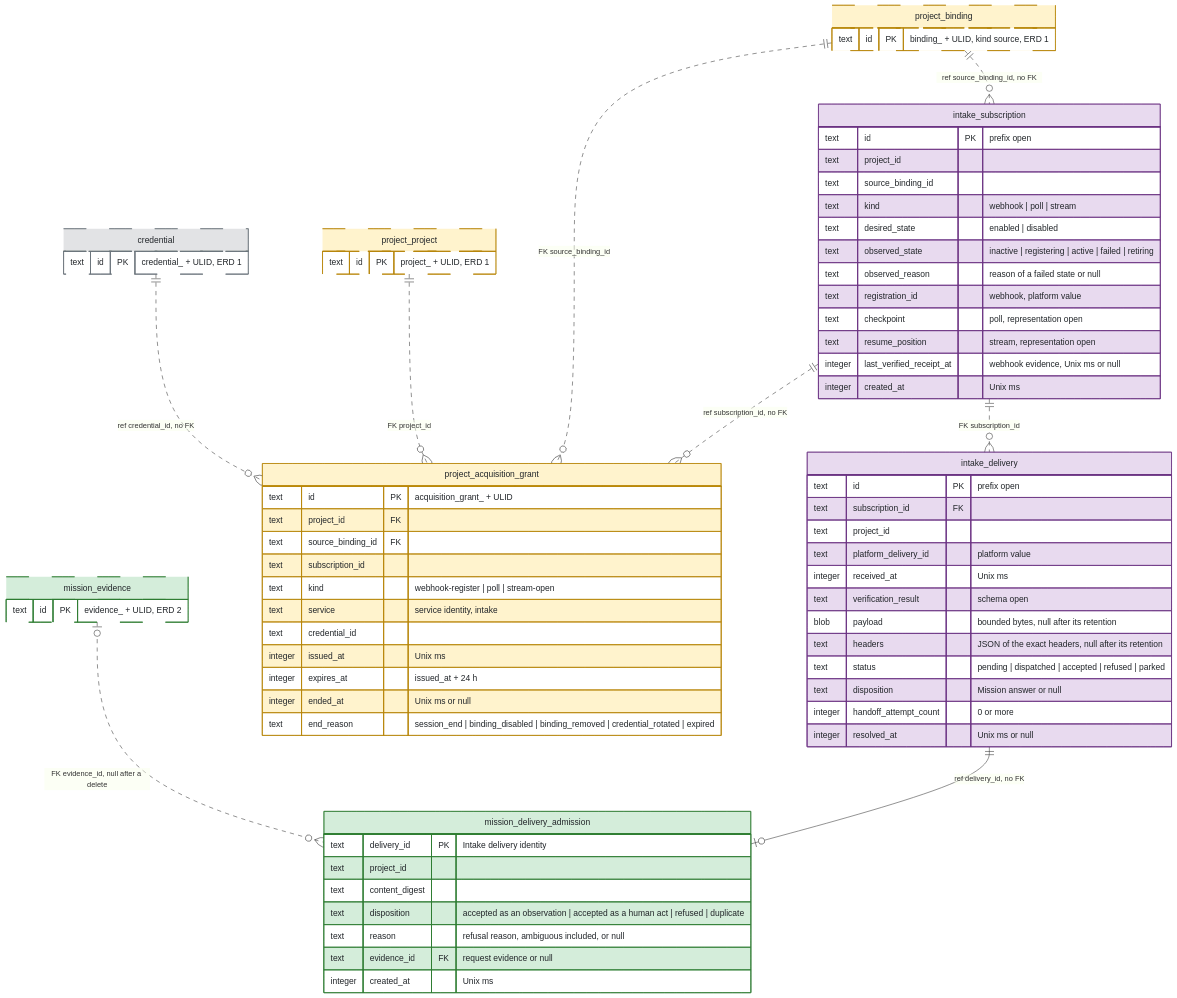
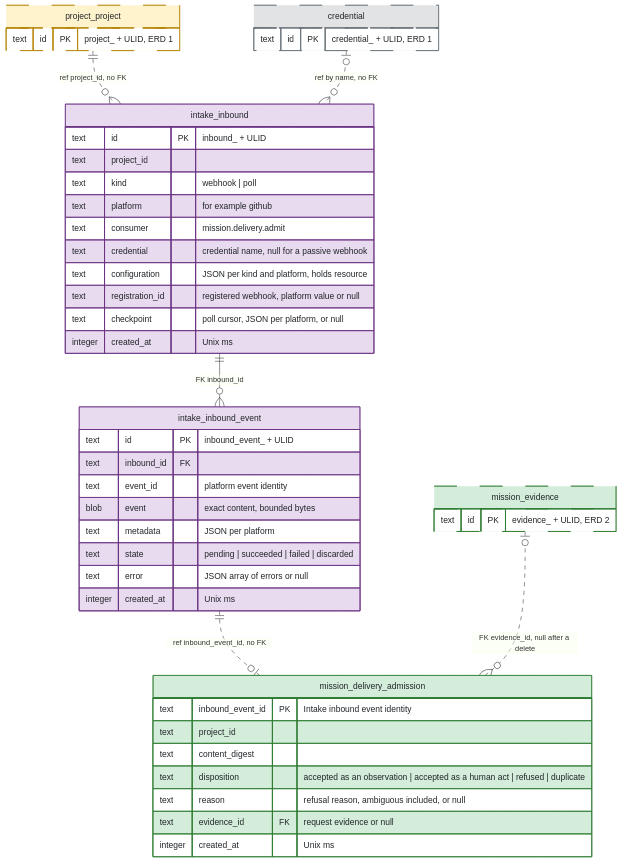
Before and after one commit to kanthorlabs/kanthord: the diagram in docs/reference/erd/03-integration.md, drawn with Mermaid. The commit also changed other lines of this file and 2 other files, not shown here.

Commit message:
docs(erd): redesign ERD 3 around inbounds and inbound events

````diff
--- a/docs/reference/erd/03-integration.md
+++ b/docs/reference/erd/03-integration.md
@@ -37,59 +38,36 @@
     project_project {
         text id PK "project_ + ULID, ERD 1"
     }
-    project_binding {
-        text id PK "binding_ + ULID, kind source, ERD 1"
-    }
     mission_evidence {
         text id PK "evidence_ + ULID, ERD 2"
     }
 
-    project_acquisition_grant {
-        text id PK "acquisition_grant_ + ULID"
-        text project_id FK
-        text source_binding_id FK
-        text subscription_id
-        text kind "webhook-register | poll | stream-open"
-        text service "service identity, intake"
-        text credential_id
-        integer issued_at "Unix ms"
-        integer expires_at "issued_at + 24 h"
-        integer ended_at "Unix ms or null"
-        text end_reason "session_end | binding_disabled | binding_removed | credential_rotated | expired"
-    }
-
-    intake_subscription {
-        text id PK "prefix open"
+    intake_inbound {
+        text id PK "inbound_ + ULID"
         text project_id
-        text source_binding_id
-        text kind "webhook | poll | stream"
-        text desired_state "enabled | disabled"
-        text observed_state "inactive | registering | active | failed | retiring"
-        text observed_reason "reason of a failed state or null"
-        text registration_id "webhook, platform value"
-        text checkpoint "poll, representation open"
-        text resume_position "stream, representation open"
-        integer last_verified_receipt_at "webhook evidence, Unix ms or null"
+        text kind "webhook | poll"
+        text platform "for example github"
+        text consumer "mission.delivery.admit"
+        text credential "credential name, null for a passive webhook"
+        text configuration "JSON per kind and platform, holds resource"
+        text registration_id "registered webhook, platform value or null"
+        text checkpoint "poll cursor, JSON per platform, or null"
         integer created_at "Unix ms"
     }
 
-    intake_delivery {
-        text id PK "prefix open"
-        text subscription_id FK
-        text project_id
-        text platform_delivery_id "platform value"
-        integer received_at "Unix ms"
-        text verification_result "schema open"
-        blob payload "bounded bytes, null after its retention"
-        text headers "JSON of the exact headers, null after its retention"
-        text status "pending | dispatched | accepted | refused | parked"
-        text disposition "Mission answer or null"
-        integer handoff_attempt_count "0 or more"
-        integer resolved_at "Unix ms or null"
+    intake_inbound_event {
+        text id PK "inbound_event_ + ULID"
+        text inbound_id FK
+        text event_id "platform event identity"
+        blob event "exact content, bounded bytes"
+        text metadata "JSON per platform"
+        text state "pending | succeeded | failed | discarded"
+        text error "JSON array of errors or null"
+        integer created_at "Unix ms"
     }
 
     mission_delivery_admission {
-        text delivery_id PK "Intake delivery identity"
+        text inbound_event_id PK "Intake inbound event identity"
         text project_id
         text content_digest
         text disposition "accepted as an observation | accepted as a human act | refused | duplicate"
@@ -98,15 +76,11 @@
         integer created_at "Unix ms"
     }
 
-    project_project ||..o{ project_acquisition_grant : "FK project_id"
-    project_binding ||..o{ project_acquisition_grant : "FK source_binding_id"
-    credential ||..o{ project_acquisition_grant : "ref credential_id, no FK"
-    intake_subscription ||..o{ project_acquisition_grant : "ref subscription_id, no FK"
+    project_project ||..o{ intake_inbound : "ref project_id, no FK"
+    credential |o..o{ intake_inbound : "ref by name, no FK"
+    intake_inbound ||--o{ intake_inbound_event : "FK inbound_id"
 
-    project_binding ||..o{ intake_subscription : "ref source_binding_id, no FK"
-    intake_subscription ||..o{ intake_delivery : "FK subscription_id"
-
-    intake_delivery ||--o| mission_delivery_admission : "ref delivery_id, no FK"
+    intake_inbound_event ||..o| mission_delivery_admission : "ref inbound_event_id, no FK"
     mission_evidence |o..o{ mission_delivery_admission : "FK evidence_id, null after a delete"
 
     classDef custody fill:#e2e3e5,stroke:#6c757d,color:#212529
@@ -116,8 +90,8 @@
     classDef stub stroke-dasharray:4 3
 
     class credential custody
-    class project_project,project_binding,project_acquisition_grant project
+    class project_project project
     class mission_evidence,mission_delivery_admission mission
-    class credential,project_project,project_binding,mission_evidence stub
-    class intake_subscription,intake_delivery intake
+    class credential,project_project,mission_evidence stub
+    class intake_inbound,intake_inbound_event intake
 ```
````
